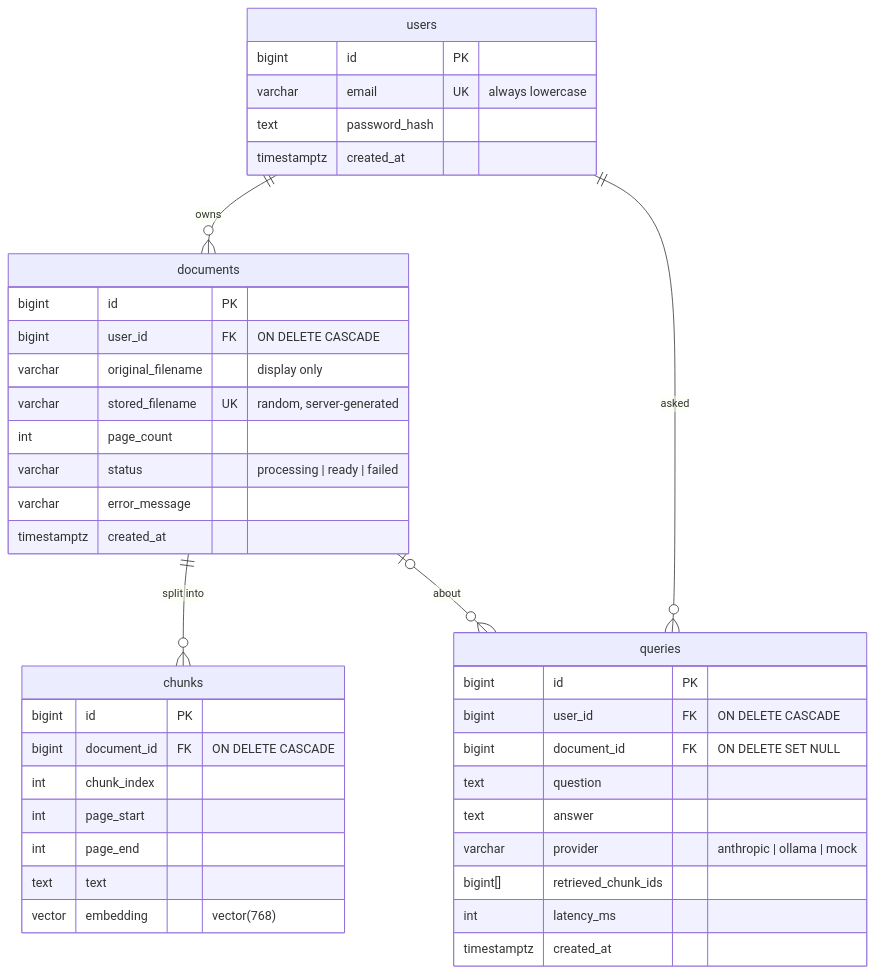
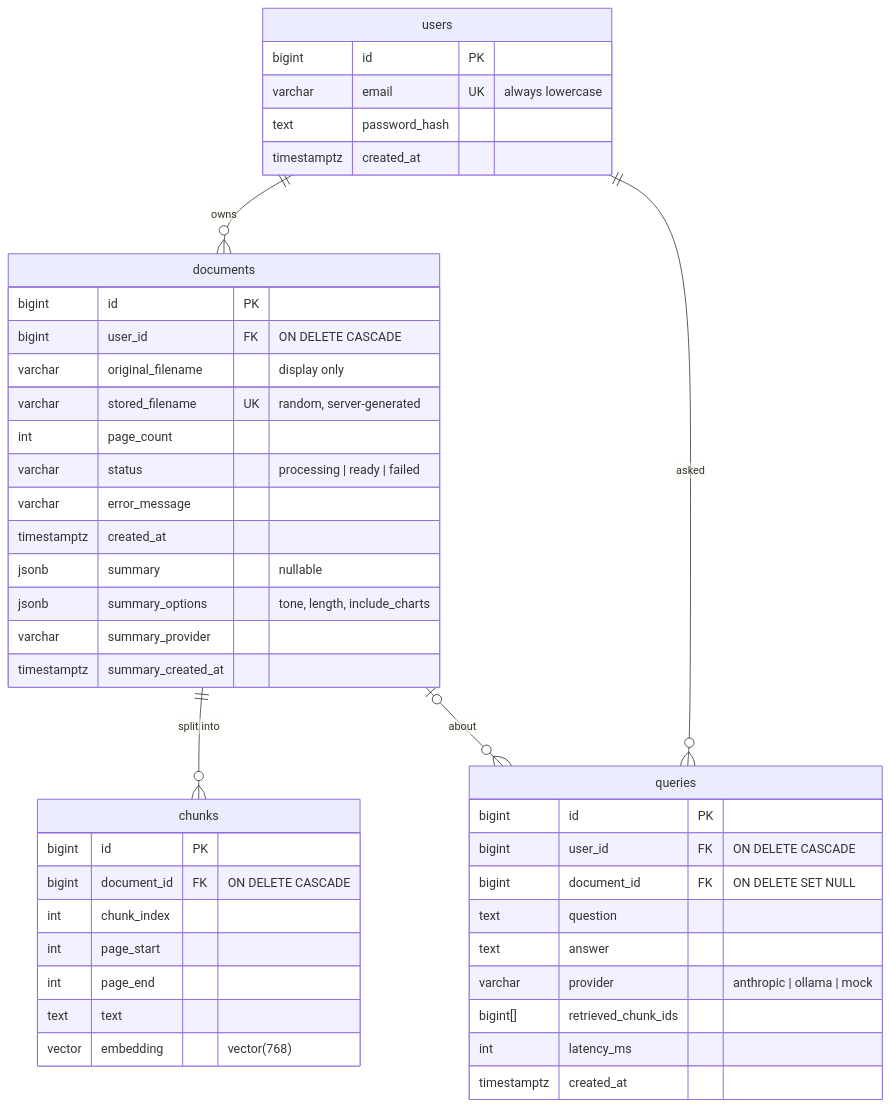
One commit to izzulhbz/PDFLens changed the fourth of 4 diagrams in README.md. Above: the diagram before and after it, drawn with Mermaid. The commit also changed other lines of this file and 34 other files, not shown here.

Commit message:
feat: chat-style UI with History, delete, settings, themes and grounded summary charts

````diff
--- a/README.md
+++ b/README.md
@@ -614,35 +659,39 @@
 ```mermaid
 erDiagram
     users ||--o{ documents : owns
     users ||--o{ queries : asked
     documents ||--o{ chunks : "split into"
     documents |o--o{ queries : about
     users { bigint id PK
             varchar email UK "always lowercase"
             text password_hash
             timestamptz created_at }
     documents { bigint id PK
                 bigint user_id FK "ON DELETE CASCADE"
                 varchar original_filename "display only"
                 varchar stored_filename UK "random, server-generated"
                 int page_count
                 varchar status "processing | ready | failed"
                 varchar error_message
-                timestamptz created_at }
+                timestamptz created_at
+                jsonb summary "nullable"
+                jsonb summary_options "tone, length, include_charts"
+                varchar summary_provider
+                timestamptz summary_created_at }
     chunks { bigint id PK
              bigint document_id FK "ON DELETE CASCADE"
              int chunk_index
              int page_start
              int page_end
              text text
              vector embedding "vector(768)" }
     queries { bigint id PK
               bigint user_id FK "ON DELETE CASCADE"
               bigint document_id FK "ON DELETE SET NULL"
               text question
               text answer
               varchar provider "anthropic | ollama | mock"
               bigint[] retrieved_chunk_ids
               int latency_ms
               timestamptz created_at }
 ```
````
